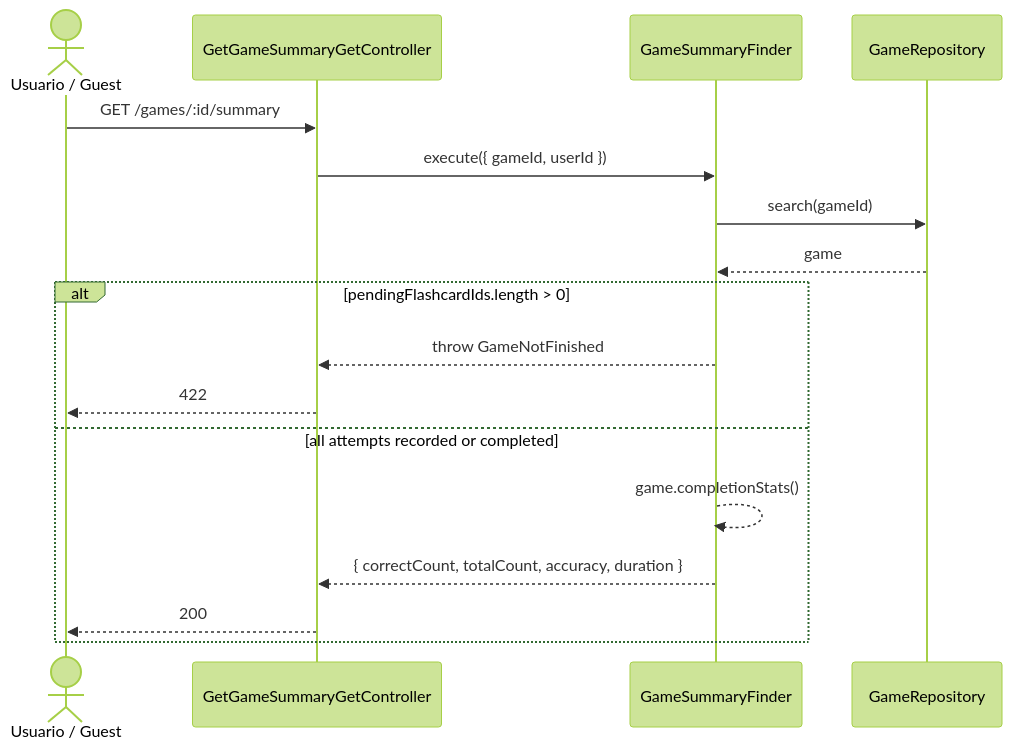
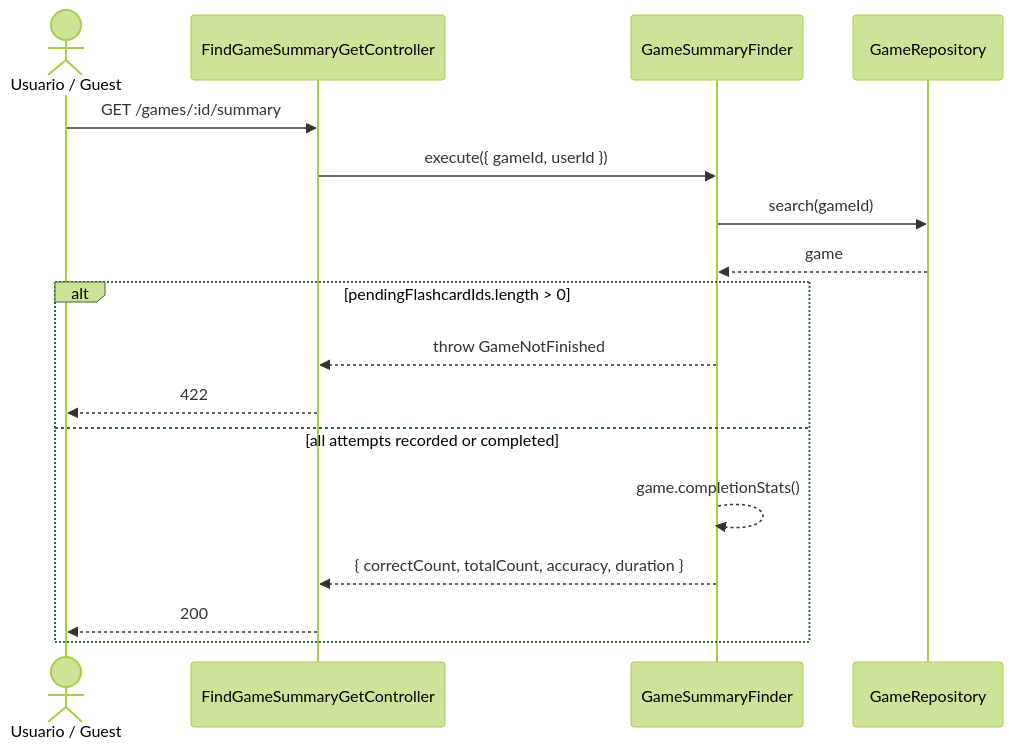
One commit to AbrahamVilchesDeLaCruz/ididntcatchthat changed the second of 2 diagrams in docs/apps/api/gaming/complete/sequence.md. Above: the diagram before and after it, drawn with Mermaid (forest theme). The commit also changed 13 other files, not shown here.

````diff
--- a/docs/apps/api/gaming/complete/sequence.md
+++ b/docs/apps/api/gaming/complete/sequence.md
@@ -46,21 +46,21 @@
 ```mermaid
 sequenceDiagram
     actor U as Usuario / Guest
-    participant C as GetGameSummaryGetController
+    participant C as FindGameSummaryGetController
     participant UC as GameSummaryFinder
     participant GR as GameRepository
 
     U->>C: GET /games/:id/summary
     C->>UC: execute({ gameId, userId })
     UC->>GR: search(gameId)
     GR-->>UC: game
 
     alt pendingFlashcardIds.length > 0
         UC-->>C: throw GameNotFinished
         C-->>U: 422
     else all attempts recorded or completed
         UC-->>UC: game.completionStats()
         UC-->>C: { correctCount, totalCount, accuracy, duration }
         C-->>U: 200
     end
 ```
````
